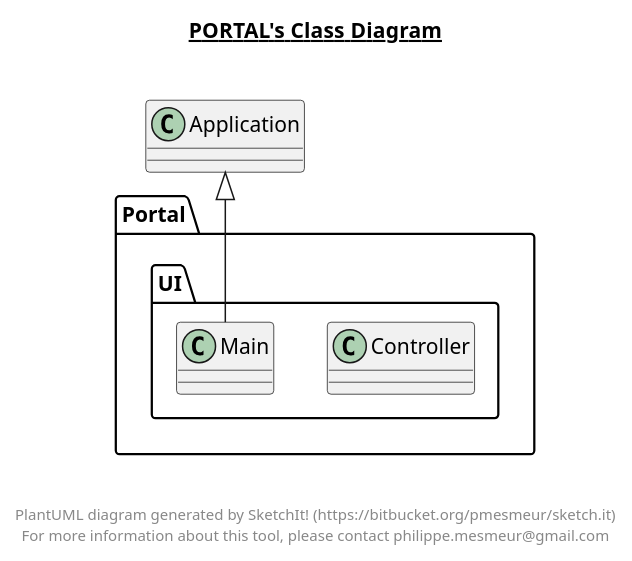
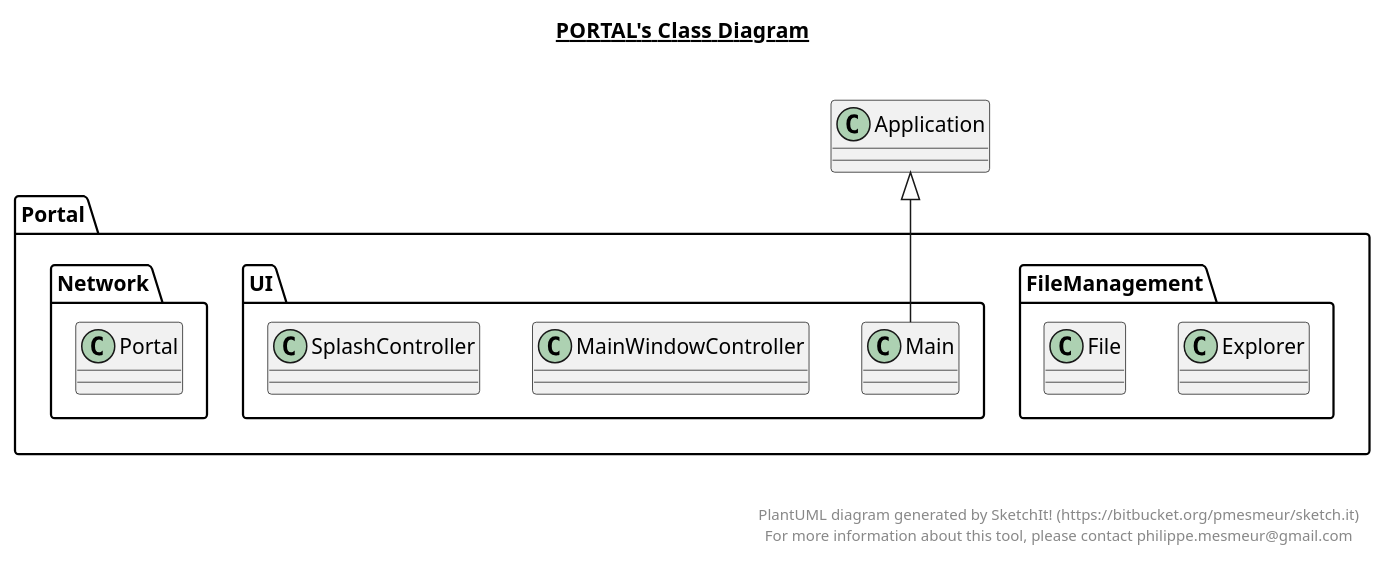
One commit to MartinEmilEshack/PortalOld changed the diagram in Portal.plantuml. Above: the diagram before and after it, drawn with PlantUML. The commit also changed 4 other files, not shown here.

```diff
--- a/Portal.plantuml
+++ b/Portal.plantuml
@@ -1,27 +1,51 @@
 @startuml
 
 title __PORTAL's Class Diagram__\n
 
-  package Portal.UI {
-    class Controller {
+  package Portal.FileManagement {
+    class Explorer {
+    }
+  }
+  
+
+  package Portal.FileManagement {
+    class File {
     }
   }
   
 
   package Portal.UI {
     class Main {
+    }
+  }
+  
+
+  package Portal.UI {
+    class MainWindowController {
+    }
+  }
+  
+
+  package Portal.Network {
+    class Portal {
+    }
+  }
+  
+
+  package Portal.UI {
+    class SplashController {
     }
   }
   
 
   Main -up-|> Application
 
 
 right footer
 
 
 PlantUML diagram generated by SketchIt! (https://bitbucket.org/pmesmeur/sketch.it)
 For more information about this tool, please contact philippe.mesmeur@gmail.com
 endfooter
 
 @enduml
```
